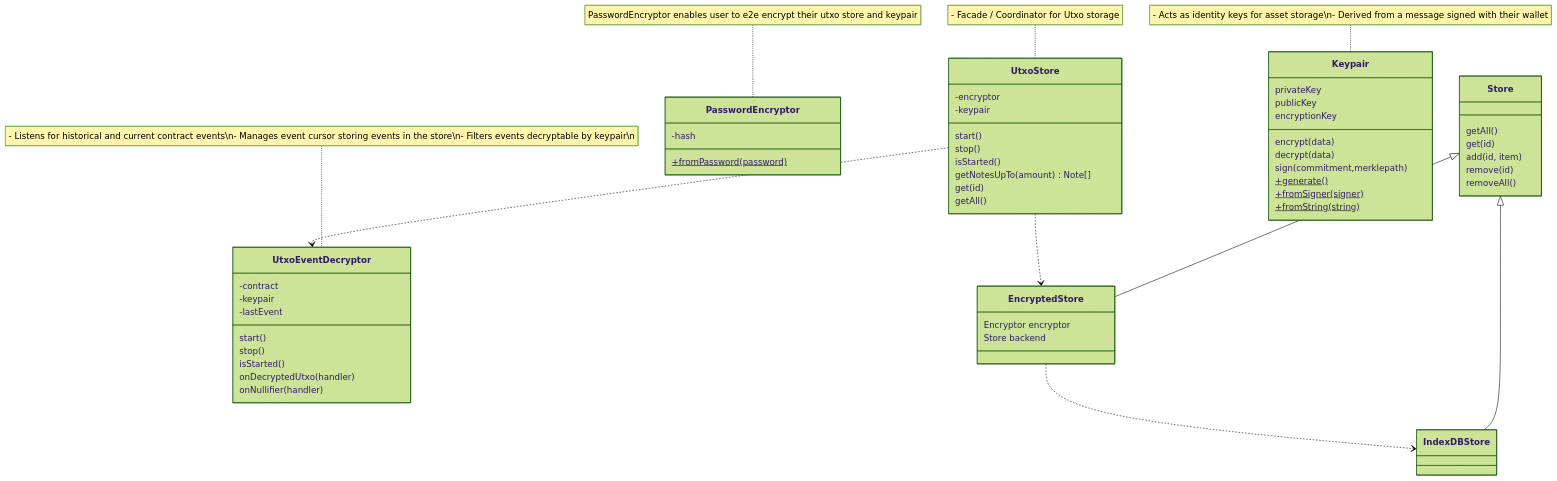
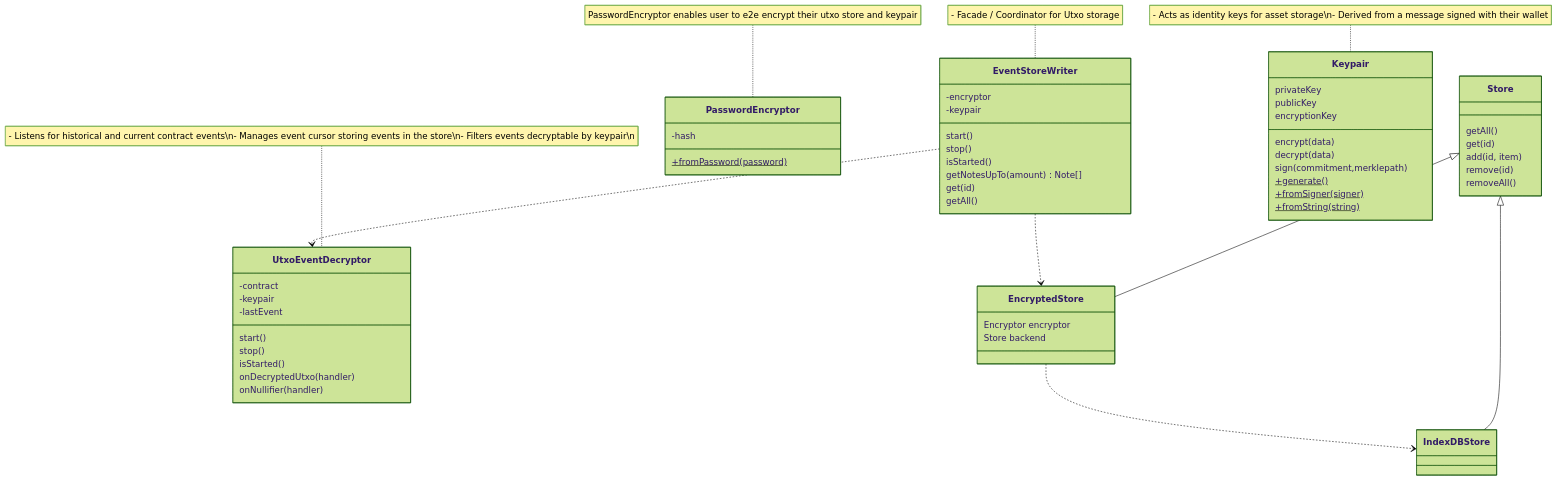
One commit to blockhackersio/zrclib changed the diagram in README.md. Above: the diagram before and after it, drawn with Mermaid (forest theme). The commit also changed other lines of this file and 15 other files, not shown here.

Commit message:
Add store writer architecture

````diff
--- a/README.md
+++ b/README.md
@@ -85,68 +91,68 @@
 ```mermaid
 
 classDiagram
-    note for UtxoStore "- Facade / Coordinator for Utxo storage"
+    note for EventStoreWriter "- Facade / Coordinator for Utxo storage"
 
-    class UtxoStore
-    UtxoStore: -encryptor
-    UtxoStore: -keypair
-    UtxoStore: start()
-    UtxoStore: stop()
-    UtxoStore: isStarted()
-    UtxoStore: getNotesUpTo(amount) Note[]
-    UtxoStore: get(id)
-    UtxoStore: getAll()
+    class EventStoreWriter
+    EventStoreWriter: -encryptor
+    EventStoreWriter: -keypair
+    EventStoreWriter: start()
+    EventStoreWriter: stop()
+    EventStoreWriter: isStarted()
+    EventStoreWriter: getNotesUpTo(amount) Note[]
+    EventStoreWriter: get(id)
+    EventStoreWriter: getAll()
 
     note for UtxoEventDecryptor "- Listens for historical and current contract events\n- Manages event cursor storing events in the store\n- Filters events decryptable by keypair\n"
 
     class UtxoEventDecryptor
     UtxoEventDecryptor: -contract
     UtxoEventDecryptor: -keypair
     UtxoEventDecryptor: -lastEvent
     UtxoEventDecryptor: start()
     UtxoEventDecryptor: stop()
     UtxoEventDecryptor: isStarted()
     UtxoEventDecryptor: onDecryptedUtxo(handler)
     UtxoEventDecryptor: onNullifier(handler)
 
     note for PasswordEncryptor "PasswordEncryptor enables user to e2e encrypt their utxo store and keypair"
 
     class PasswordEncryptor
     PasswordEncryptor: -hash
     PasswordEncryptor: +fromPassword(password)$
 
     class Store
     Store: getAll()
     Store: get(id)
     Store: add(id, item)
     Store: remove(id)
     Store: removeAll()
 
     class EncryptedStore
     EncryptedStore: Encryptor encryptor
     EncryptedStore: Store backend
 
     class IndexDBStore
 
     Store <|-- EncryptedStore
     Store <|-- IndexDBStore
 
     note for Keypair "- Acts as identity keys for asset storage\n- Derived from a message signed with their wallet"
 
     class Keypair
     Keypair: privateKey
     Keypair: publicKey
     Keypair: encryptionKey
     Keypair: encrypt(data)
     Keypair: decrypt(data)
     Keypair: sign(commitment,merklepath)
     Keypair: +generate()$
     Keypair: +fromSigner(signer)$
     Keypair: +fromString(string)$
 
-    UtxoStore ..> EncryptedStore
+    EventStoreWriter ..> EncryptedStore
     EncryptedStore ..> IndexDBStore
-    UtxoStore ..> UtxoEventDecryptor
+    EventStoreWriter ..> UtxoEventDecryptor
 
 
 ```
````
